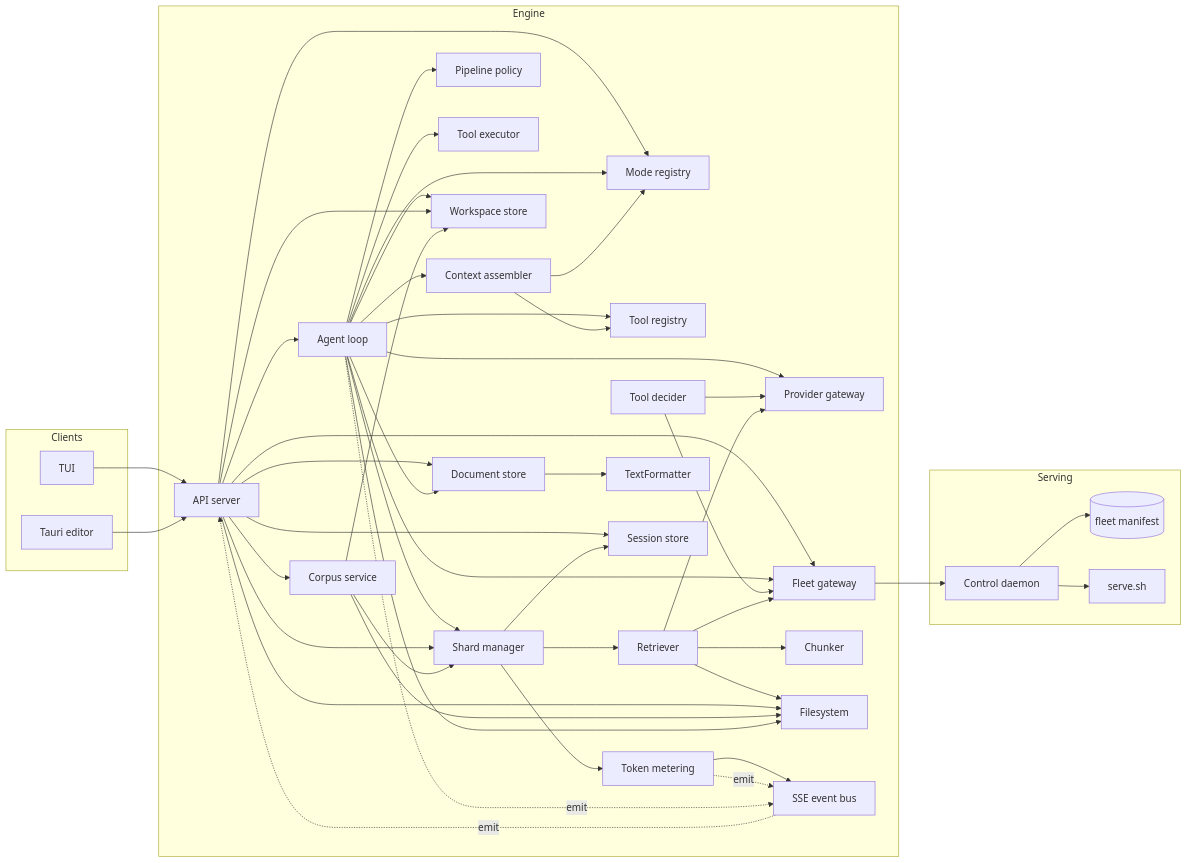
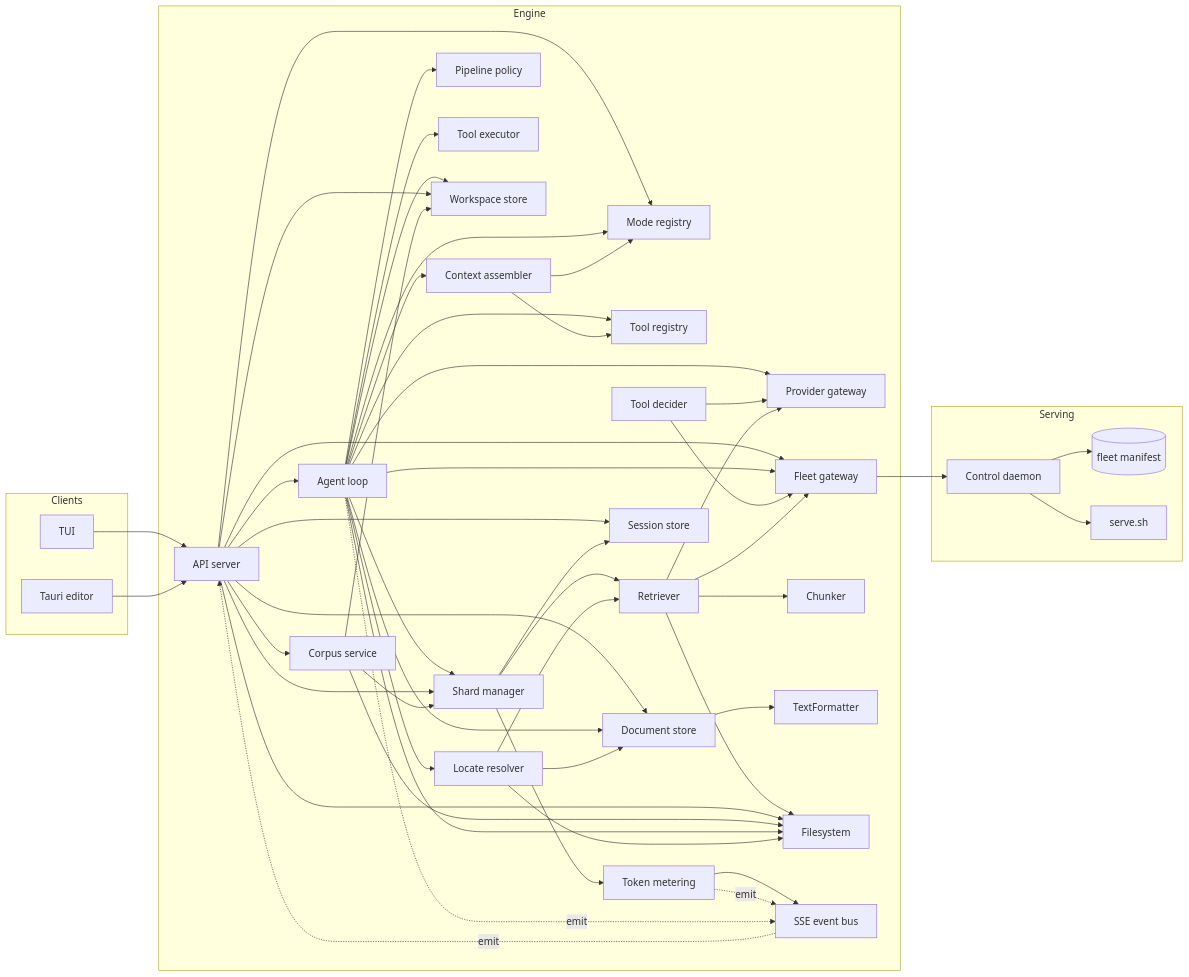
Before and after one commit to Snorre98/texteditor: the diagram in docs/writing-assistant/contracts/module-boundaries.md, drawn with Mermaid. The commit also changed other lines of this file and 42 other files, not shown here.

```diff
--- a/docs/writing-assistant/contracts/module-boundaries.md
+++ b/docs/writing-assistant/contracts/module-boundaries.md
@@ -91,6 +92,7 @@
         WStore[Workspace store]
         Shards[Shard manager]
         Corpus[Corpus service]
+        Locate[Locate resolver]
         Bus[SSE event bus]
     end
     subgraph serving[Serving]
@@ -136,6 +138,10 @@
     Corpus --> FS
     Corpus --> Shards
     Loop --> FS
+    Loop --> Locate
+    Locate --> Doc
+    Locate --> Retriever
+    Locate --> FS
     Meter --> Bus
     Fleet --> Daemon
     Daemon --> Manifest
```
